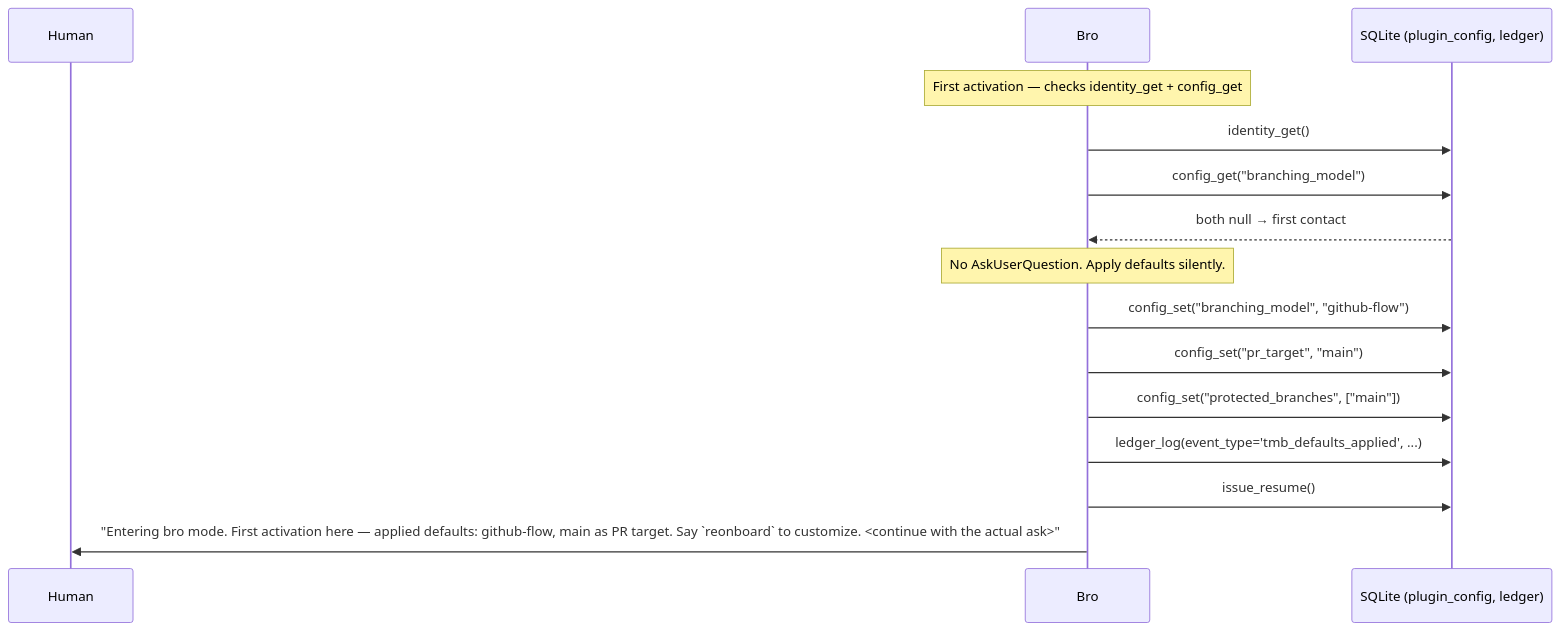
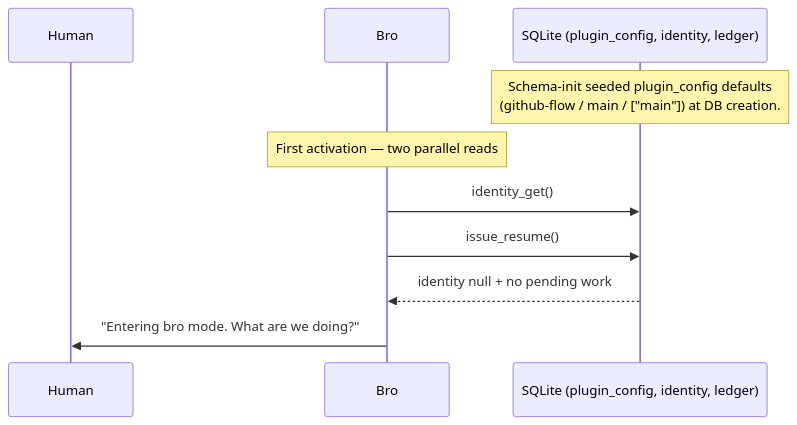
Before and after one commit to trustmybot/plugin: the first of 11 diagrams in docs/architecture/FLOWS.md, drawn with Mermaid. The commit also changed other lines of this file and 21 other files, not shown here.

First line of the commit message:
🌱 refactor(schema): seed default policy keys at DB init, not by bro

````diff
--- a/docs/architecture/FLOWS.md
+++ b/docs/architecture/FLOWS.md
@@ -57,20 +57,15 @@
 ```mermaid
 sequenceDiagram
     participant H as Human
     participant G as Bro
-    participant DB as SQLite (plugin_config, ledger)
+    participant DB as SQLite (plugin_config, identity, ledger)
 
-    Note over G: First activation — checks identity_get + config_get
+    Note over DB: Schema-init seeded plugin_config defaults<br/>(github-flow / main / ["main"]) at DB creation.
+
+    Note over G: First activation — two parallel reads
     G->>DB: identity_get()
-    G->>DB: config_get("branching_model")
-    DB-->>G: both null → first contact
+    G->>DB: issue_resume()
+    DB-->>G: identity null + no pending work
 
-    Note over G: No AskUserQuestion. Apply defaults silently.
-    G->>DB: config_set("branching_model", "github-flow")
-    G->>DB: config_set("pr_target", "main")
-    G->>DB: config_set("protected_branches", ["main"])
-    G->>DB: ledger_log(event_type='tmb_defaults_applied', ...)
-    G->>DB: issue_resume()
-
-    G->>H: "Entering bro mode. First activation here — applied defaults: github-flow, main as PR target. Say `reonboard` to customize. <continue with the actual ask>"
+    G->>H: "Entering bro mode. What are we doing?"
 ```
````
